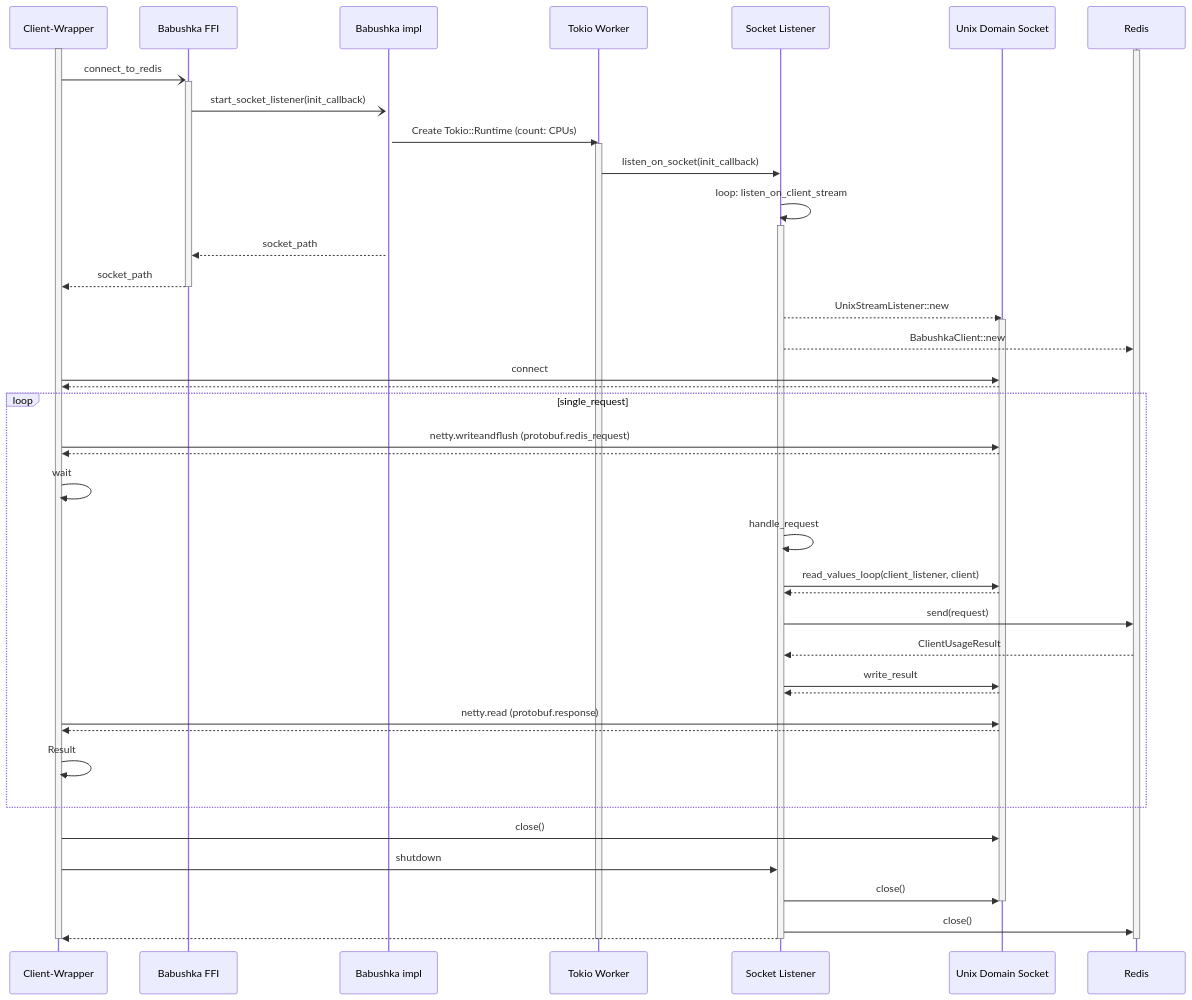
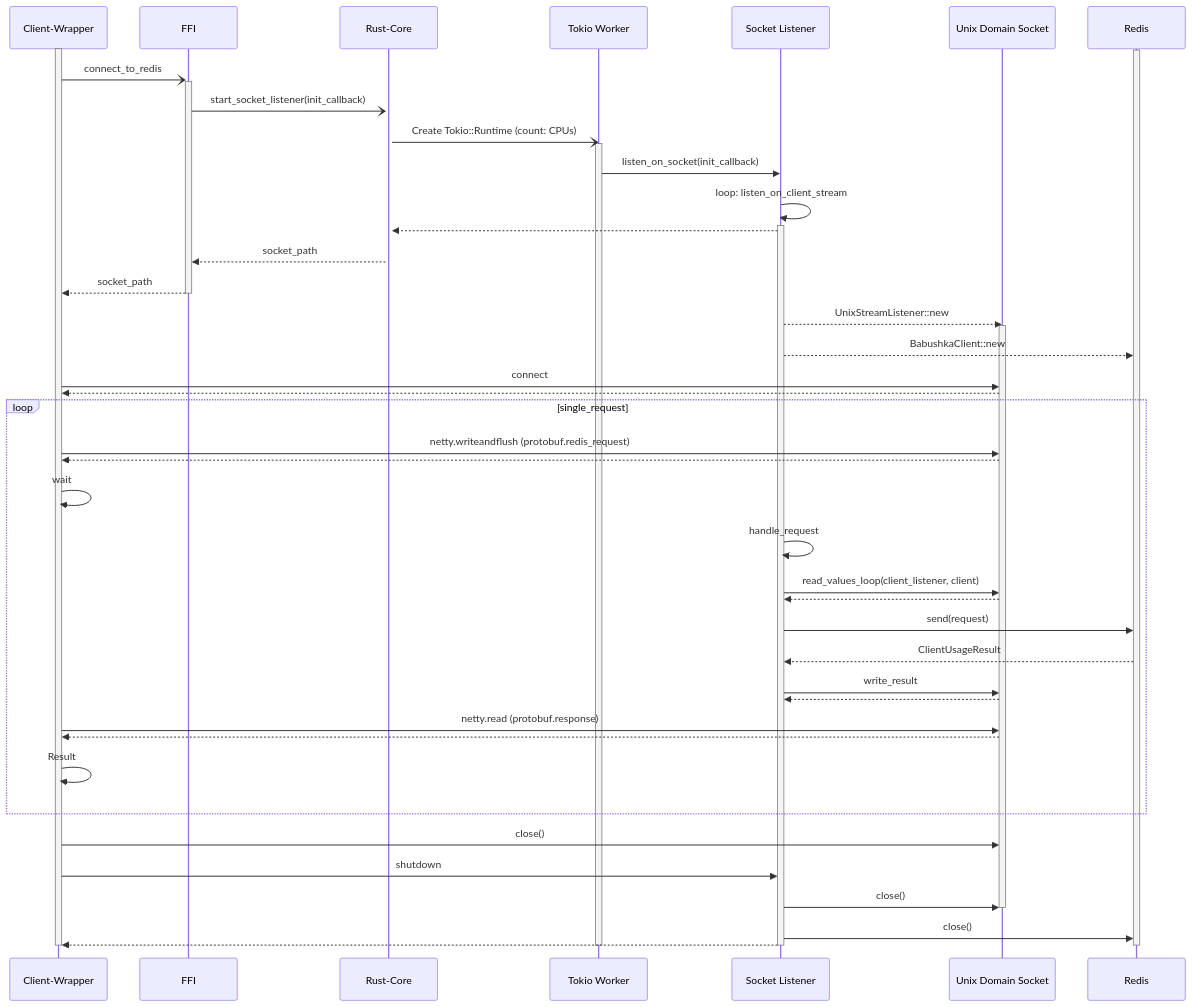
One commit to Bit-Quill/valkey-glide changed the second of 4 diagrams in docs/design-raw-ffi.md. Above: the diagram before and after it, drawn with Mermaid. The commit also changed other lines of this file, not shown here.

````diff
--- a/docs/design-raw-ffi.md
+++ b/docs/design-raw-ffi.md
@@ -54,53 +56,54 @@
 ```mermaid
 sequenceDiagram
 
 participant Wrapper as Client-Wrapper
-participant ffi as Babushka FFI
-participant manager as Babushka impl
+participant ffi as FFI
+participant manager as Rust-Core
 participant worker as Tokio Worker
 participant SocketListener as Socket Listener
 participant Socket as Unix Domain Socket
 participant Client as Redis
 
 activate Wrapper
 activate Client
 Wrapper -)+ ffi: connect_to_redis
 ffi -)+ manager: start_socket_listener(init_callback)
-    manager ->> worker: Create Tokio::Runtime (count: CPUs)
+    manager -) worker: Create Tokio::Runtime (count: CPUs)
         activate worker
         worker ->> SocketListener: listen_on_socket(init_callback)
         SocketListener ->> SocketListener: loop: listen_on_client_stream
             activate SocketListener
+        SocketListener -->> manager: 
     manager -->> ffi: socket_path
 ffi -->>- Wrapper: socket_path
     SocketListener -->> Socket: UnixStreamListener::new
     activate Socket
     SocketListener -->> Client: BabushkaClient::new
 Wrapper ->> Socket: connect 
     Socket -->> Wrapper: 
 loop single_request
     Wrapper ->> Socket: netty.writeandflush (protobuf.redis_request)
     Socket -->> Wrapper: 
     Wrapper ->> Wrapper: wait
         SocketListener ->> SocketListener: handle_request
         SocketListener ->> Socket: read_values_loop(client_listener, client)
             Socket -->> SocketListener: 
         SocketListener ->> Client: send(request)
         Client -->> SocketListener: ClientUsageResult
         SocketListener ->> Socket: write_result
             Socket -->> SocketListener: 
     Wrapper ->> Socket: netty.read (protobuf.response)
         Socket -->> Wrapper: 
     Wrapper ->> Wrapper: Result 
 end
 Wrapper ->> Socket: close() 
 Wrapper ->> SocketListener: shutdown
     SocketListener ->> Socket: close()
     deactivate Socket
     SocketListener ->> Client: close()
     SocketListener -->> Wrapper: 
     deactivate SocketListener
     deactivate worker
     deactivate Wrapper
     deactivate Client
 ```
````
